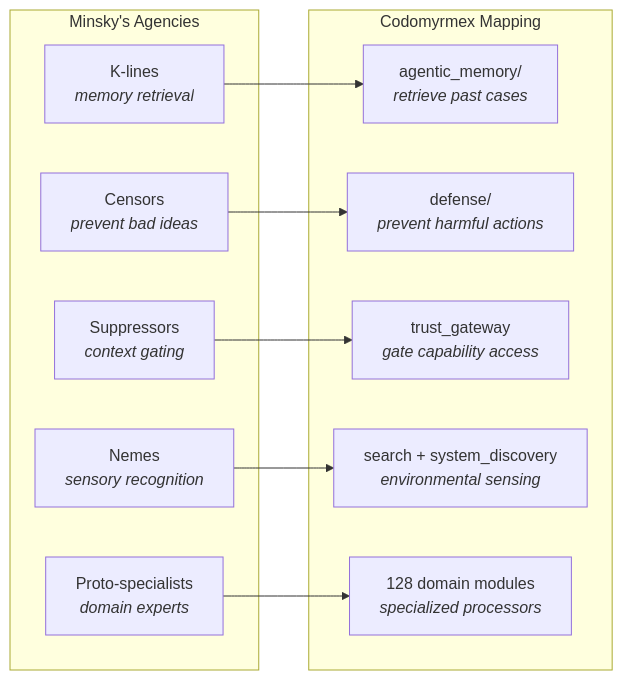
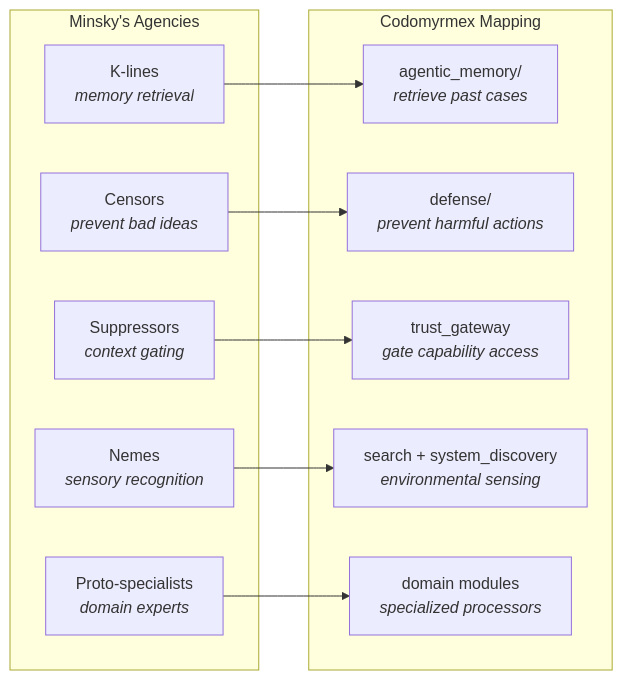
The second of 2 diagrams in docs/agi/the_colony_thesis.md (docxology/codomyrmex), drawn with Mermaid before and after one commit. The commit also changed other lines of this file and 287 other files, not shown here.

````diff
--- a/docs/agi/the_colony_thesis.md
+++ b/docs/agi/the_colony_thesis.md
@@ -158,24 +187,24 @@
 ```mermaid
 graph LR
     subgraph MINSKY["Minsky's Agencies"]
         K_LINE["K-lines<br/><i>memory retrieval</i>"]
         CENSOR["Censors<br/><i>prevent bad ideas</i>"]
         SUPPRESSOR["Suppressors<br/><i>context gating</i>"]
         NEME["Nemes<br/><i>sensory recognition</i>"]
         PROTO["Proto-specialists<br/><i>domain experts</i>"]
     end
 
     subgraph CDM_MAP["Codomyrmex Mapping"]
         AMEM2["agentic_memory/<br/><i>retrieve past cases</i>"]
         DEFENSE2["defense/<br/><i>prevent harmful actions</i>"]
         TRUST2["trust_gateway<br/><i>gate capability access</i>"]
         SEARCH2["search + system_discovery<br/><i>environmental sensing</i>"]
-        MODULES2["128 domain modules<br/><i>specialized processors</i>"]
+        MODULES2["domain modules<br/><i>specialized processors</i>"]
     end
 
     K_LINE --> AMEM2
     CENSOR --> DEFENSE2
     SUPPRESSOR --> TRUST2
     NEME --> SEARCH2
     PROTO --> MODULES2
 ```
````
